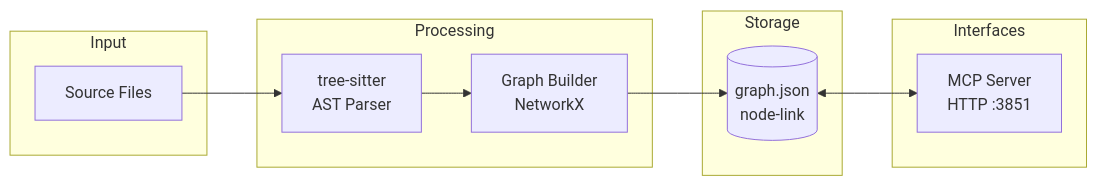
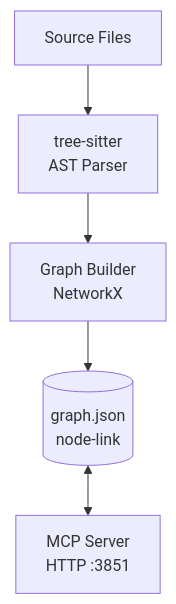
Before and after one commit to fwornle/coding: the diagram in docs/integrations/graphify.md, drawn with Mermaid. The commit also changed other lines of this file and 5 other files, not shown here.

````diff
--- a/docs/integrations/graphify.md
+++ b/docs/integrations/graphify.md
@@ -18,24 +18,7 @@
 ```mermaid
-flowchart LR
-    subgraph Input
-        SRC[Source Files]
-    end
-
-    subgraph Processing
-        PARSER[tree-sitter<br/>AST Parser]
-        BUILDER[Graph Builder<br/>NetworkX]
-    end
-
-    subgraph Storage
-        GJ[(graph.json<br/>node-link)]
-    end
-
-    subgraph Interfaces
-        MCP[MCP Server<br/>HTTP :3851]
-    end
-
-    SRC --> PARSER
-    PARSER --> BUILDER
-    BUILDER --> GJ
-    GJ <--> MCP
+graph TD
+    SRC[Source Files] --> PARSER[tree-sitter<br/>AST Parser]
+    PARSER --> BUILDER[Graph Builder<br/>NetworkX]
+    BUILDER --> GJ[(graph.json<br/>node-link)]
+    GJ <--> MCP[MCP Server<br/>HTTP :3851]
 ```
````
